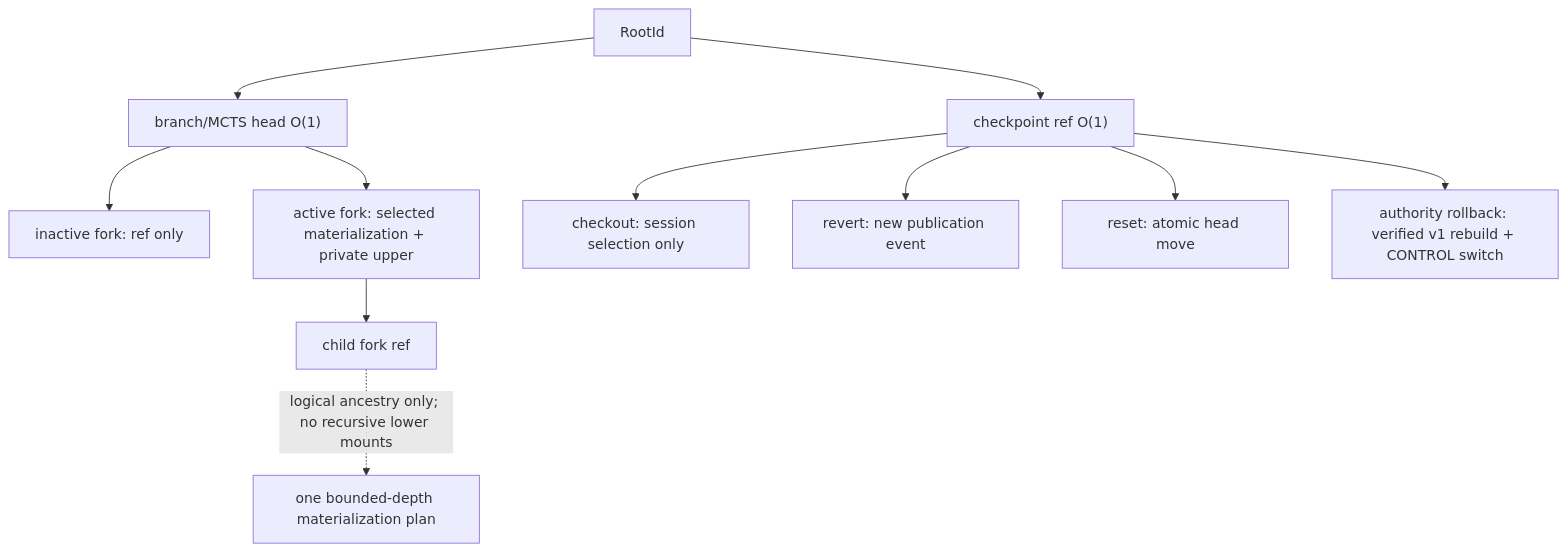
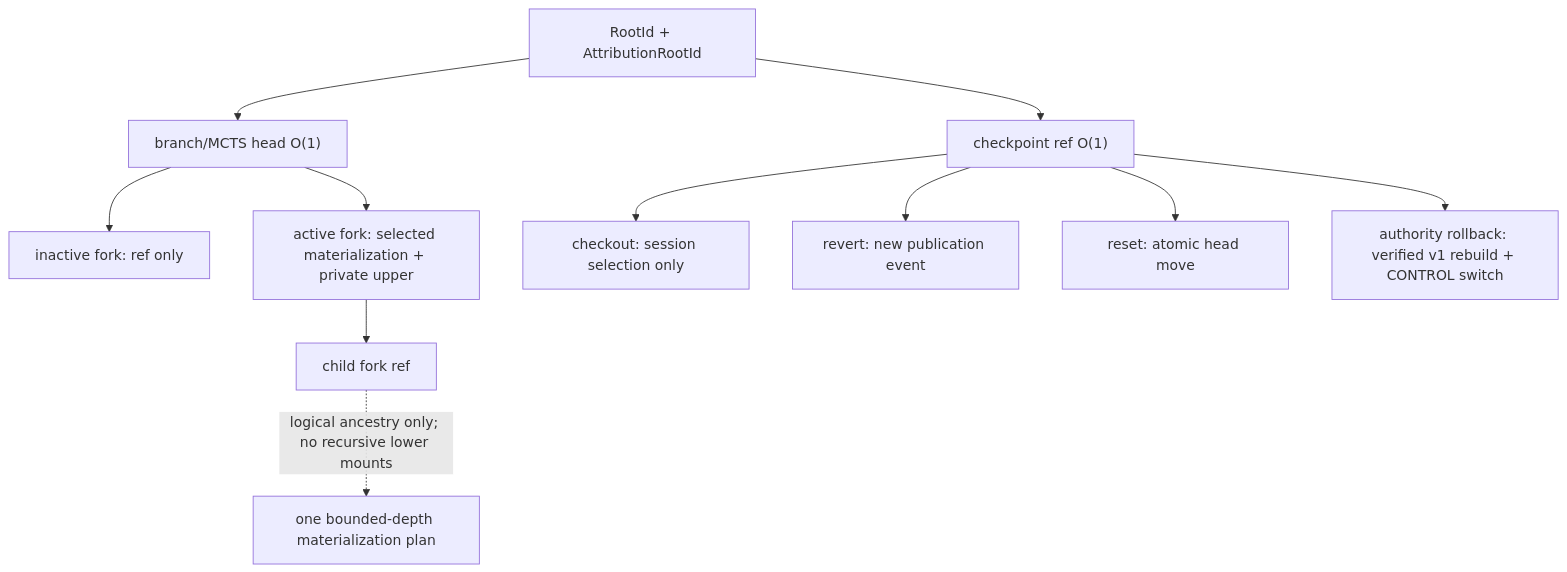
The fifth of 7 diagrams in implementation-plan/2.0 migration/phase 1/implementation/layerstack_storage_contract.md (Ephemeral-AI-Lab/ephemeral-sandbox-docs), drawn with Mermaid before and after one commit. The commit also changed other lines of this file and 17 other files, not shown here.

````diff
--- a/implementation-plan/2.0 migration/phase 1/implementation/layerstack_storage_contract.md
+++ b/implementation-plan/2.0 migration/phase 1/implementation/layerstack_storage_contract.md
@@ -495,13 +515,13 @@
 ```mermaid
 flowchart TB
-    R["RootId"] --> CP["checkpoint ref O(1)"]
+    R["RootId + AttributionRootId"] --> CP["checkpoint ref O(1)"]
     R --> BH["branch/MCTS head O(1)"]
     BH --> F1["inactive fork: ref only"]
     BH --> F2["active fork: selected materialization + private upper"]
     F2 --> F3["child fork ref"]
     F3 -. "logical ancestry only; no recursive lower mounts" .-> M["one bounded-depth materialization plan"]
     CP --> CO["checkout: session selection only"]
     CP --> RV["revert: new publication event"]
     CP --> RS["reset: atomic head move"]
     CP --> AR["authority rollback: verified v1 rebuild + CONTROL switch"]
 ```
````
